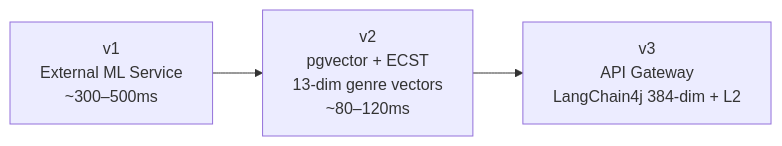
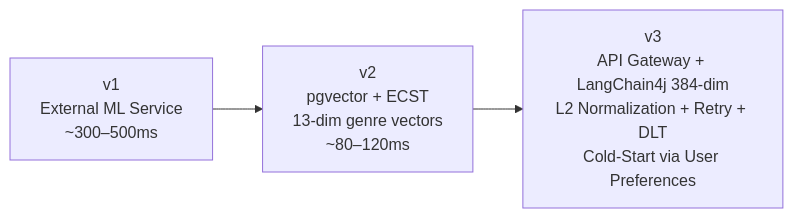
One commit to Luca5Eckert/VellumHub changed the second of 5 diagrams in README.md. Above: the diagram before and after it, drawn with Mermaid. The commit also changed other lines of this file, not shown here.

First line of the commit message:
chore: revise README for VellumHub architecture updates

````diff
--- a/README.md
+++ b/README.md
@@ -146,8 +152,8 @@
 ```mermaid
 graph LR
   V1["v1\nExternal ML Service\n~300–500ms"]
   V2["v2\npgvector + ECST\n13-dim genre vectors\n~80–120ms"]
-  V3["v3\nAPI Gateway\nLangChain4j 384-dim + L2"]
+  V3["v3\nAPI Gateway + LangChain4j 384-dim\nL2 Normalization + Retry + DLT\nCold-Start via User Preferences"]
 
   V1 --> V2 --> V3
 ```
````
